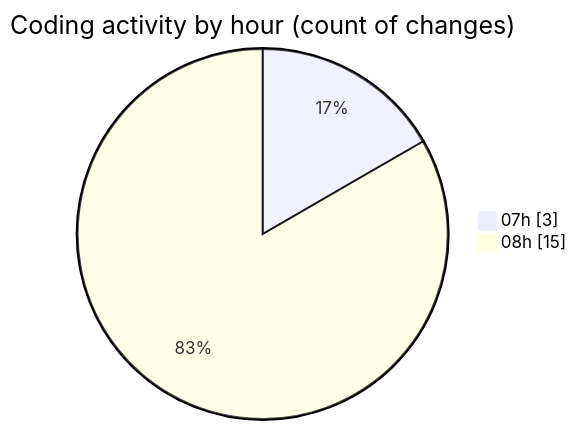
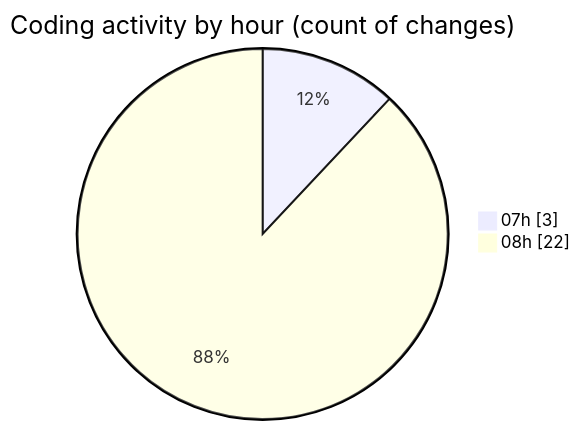
Before and after one commit to becaeroporto-bot/code-tracking: the second of 2 diagrams in 2026-02-20/bot_i_a/README.md, drawn with Mermaid. The commit also changed other lines of this file and 1 other file, not shown here.

````diff
--- a/2026-02-20/bot_i_a/README.md
+++ b/2026-02-20/bot_i_a/README.md
@@ -37,6 +38,6 @@
 ```mermaid
 pie showData
 title Coding activity by hour (count of changes)
 "07h" : 3
-"08h" : 15
+"08h" : 22
 ```
````
